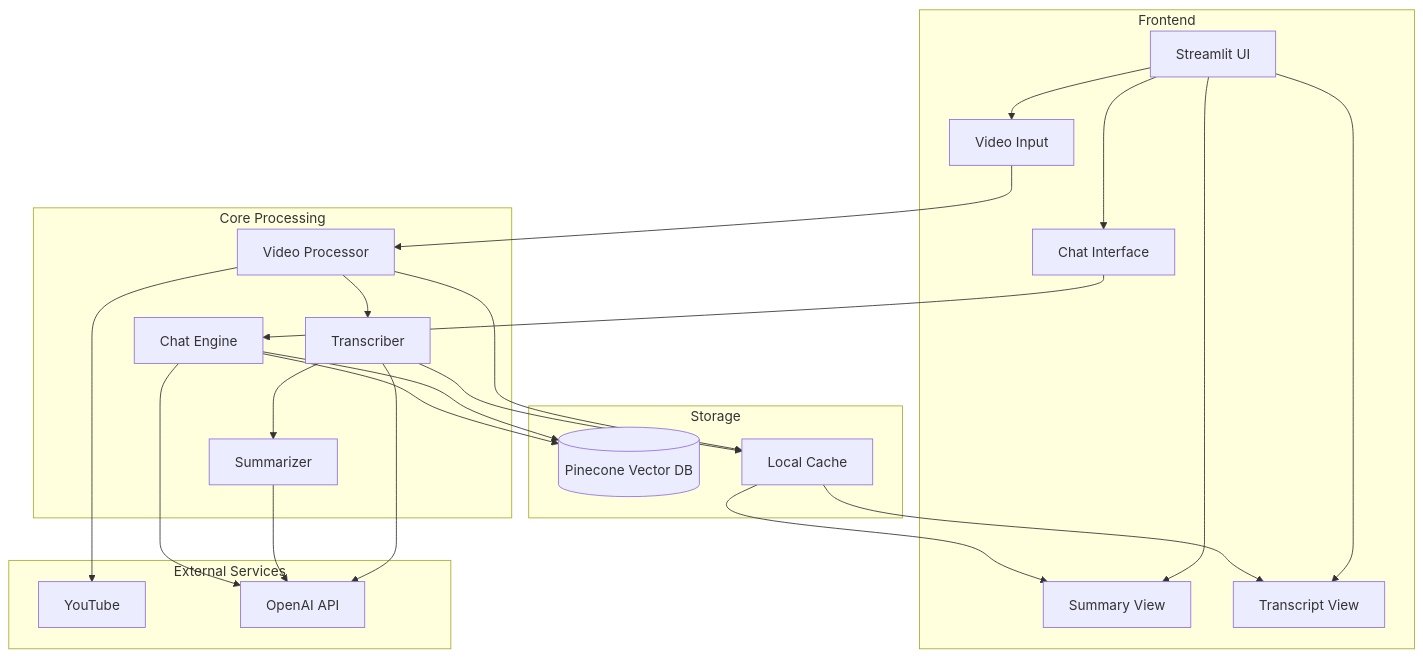
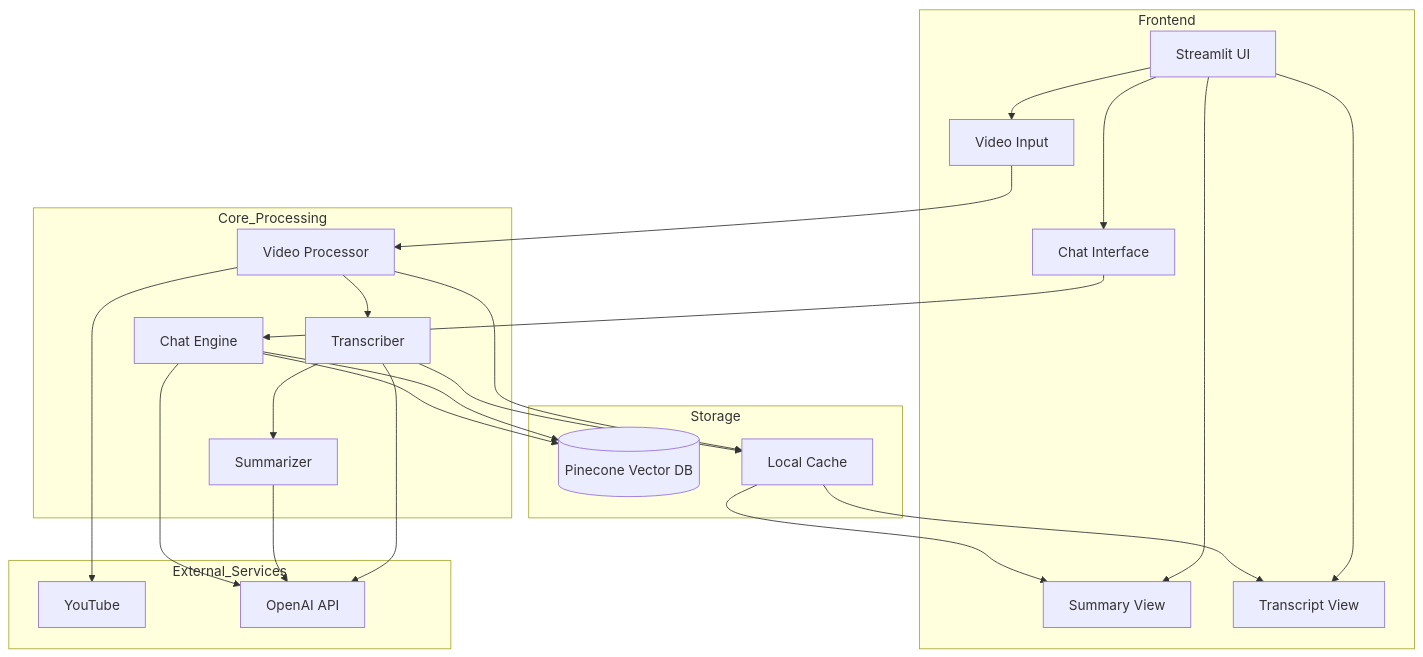
Before and after one commit to riyanshibohra/VideoMind-AI: the diagram in README.md, drawn with Mermaid. The commit also changed other lines of this file, not shown here.

````diff
--- a/README.md
+++ b/README.md
@@ -36,50 +36,41 @@
 ```mermaid
-    graph TD
-        subgraph Frontend
-            A[Streamlit UI] --> B[Video Input]
-            A --> C[Summary View]
-            A --> D[Chat Interface]
-            A --> E[Transcript View]
-        end
+graph TD
+    subgraph Frontend
+        A[Streamlit UI] --> B[Video Input]
+        A --> C[Summary View]
+        A --> D[Chat Interface]
+        A --> E[Transcript View]
+    end
 
-        subgraph Core Processing
-            F[Video Processor]
-            G[Transcriber]
-            H[Summarizer]
-            I[Chat Engine]
-        end
+    subgraph Core_Processing
+        F[Video Processor]
+        G[Transcriber]
+        H[Summarizer]
+        I[Chat Engine]
+    end
 
-        subgraph Storage
-            J[(Pinecone Vector DB)]
-            K[Local Cache]
-        end
+    subgraph Storage
+        J[(Pinecone Vector DB)]
+        K[Local Cache]
+    end
 
-        subgraph External Services
-            L[YouTube]
-            M[OpenAI API]
-        end
+    subgraph External_Services
+        L[YouTube]
+        M[OpenAI API]
+    end
 
-        %% Frontend to Core
-        B --> F
-        
-        %% Core Processing Flow
-        F --> L
-        F --> G
-        G --> M
-        G --> H
-        H --> M
-        
-        %% Storage Interactions
-        F --> K
-        G --> K
-        I --> J
-        
-        %% Chat Flow
-        D --> I
-        I --> M
-        I --> J
-
-        %% Data Display
-        K --> C
-        K --> E
+    B --> F
+    F --> L
+    F --> G
+    G --> M
+    G --> H
+    H --> M
+    F --> K
+    G --> K
+    I --> J
+    D --> I
+    I --> M
+    I --> J
+    K --> C
+    K --> E
 ```
````
